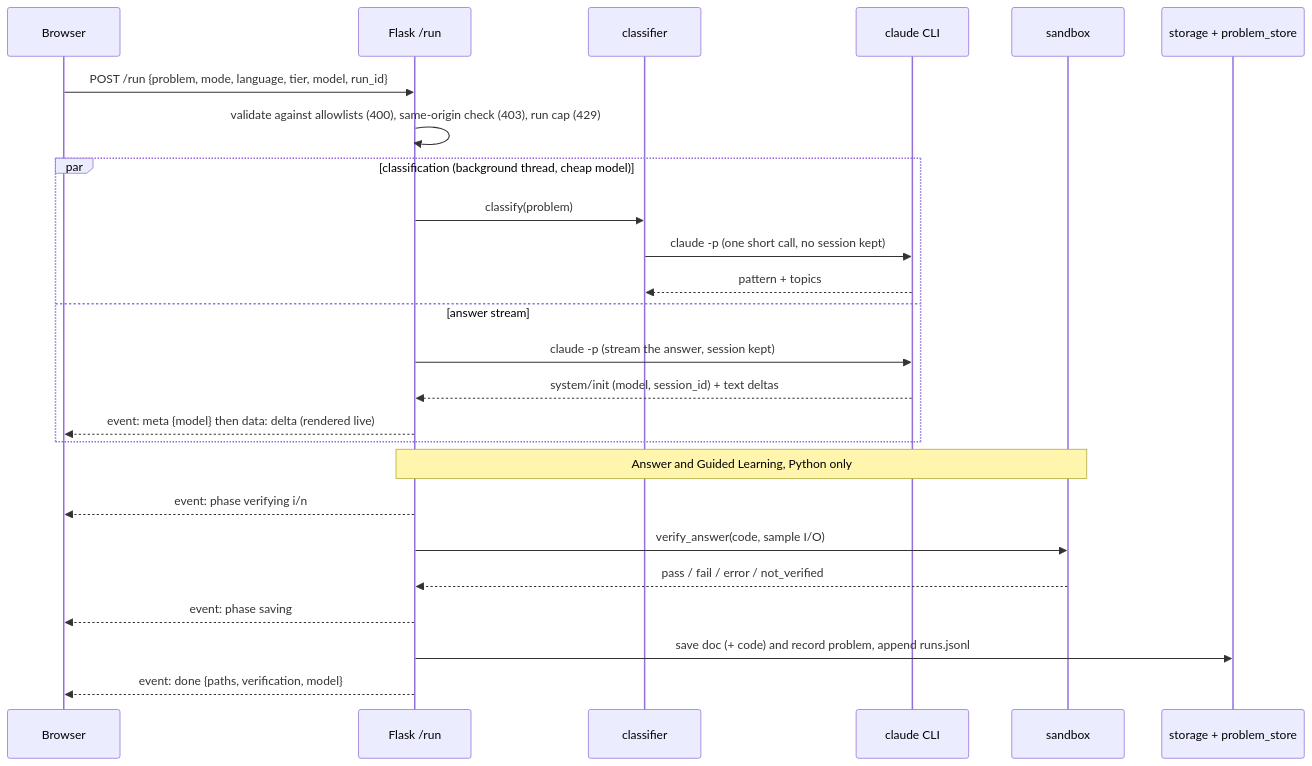
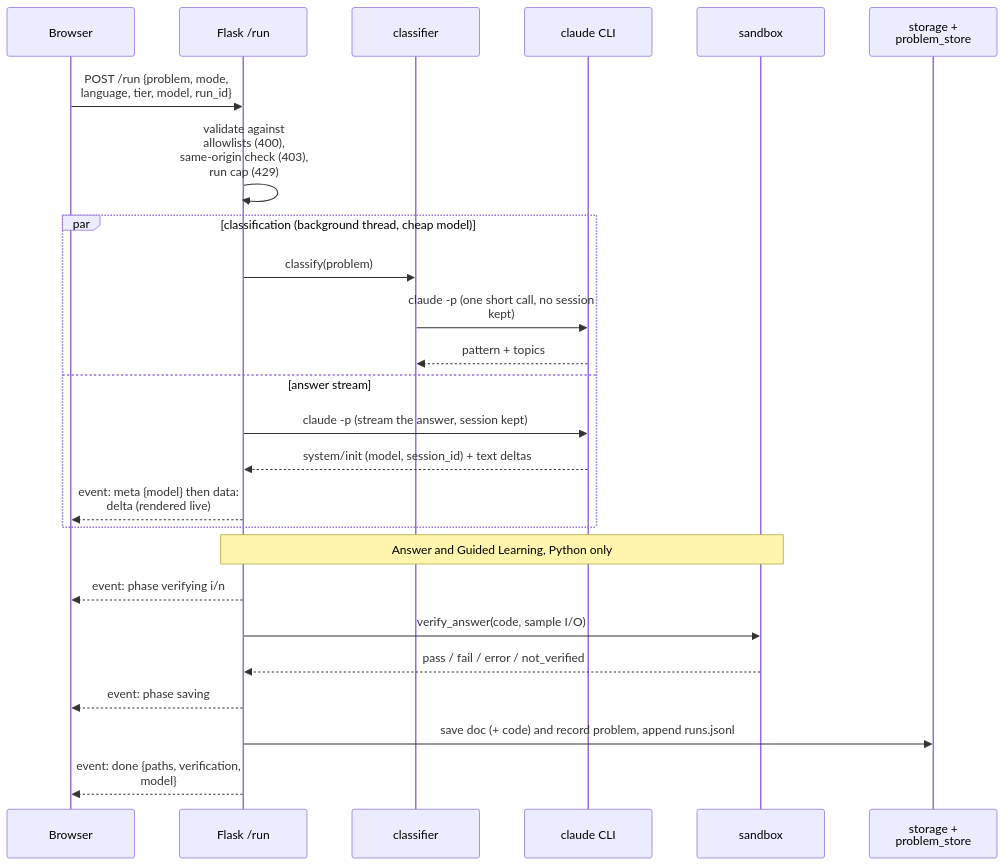
Before and after one commit to yib7/LeetCoach: the second of 2 diagrams in docs/ARCHITECTURE.md, drawn with Mermaid.

Commit message:
docs(architecture): keep the run diagram clear of GitHub's zoom controls
A Mermaid init line wraps long messages and widens the side margins, so the
rightmost participant no longer sits under the viewer's buttons. No text changed.

````diff
--- a/docs/ARCHITECTURE.md
+++ b/docs/ARCHITECTURE.md
@@ -108,28 +108,29 @@
 ```mermaid
+%%{init: {"sequence": {"wrap": true, "width": 170, "actorMargin": 60, "diagramMarginX": 220}}}%%
 sequenceDiagram
     participant U as Browser
     participant F as Flask /run
     participant CL as classifier
     participant CC as claude CLI
     participant SB as sandbox
     participant ST as storage + problem_store
 
     U->>F: POST /run {problem, mode, language, tier, model, run_id}
     F->>F: validate against allowlists (400), same-origin check (403), run cap (429)
     par classification (background thread, cheap model)
         F->>CL: classify(problem)
         CL->>CC: claude -p (one short call, no session kept)
         CC-->>CL: pattern + topics
     and answer stream
         F->>CC: claude -p (stream the answer, session kept)
         CC-->>F: system/init (model, session_id) + text deltas
         F-->>U: event: meta {model} then data: delta (rendered live)
     end
     Note over F,SB: Answer and Guided Learning, Python only
     F-->>U: event: phase verifying i/n
     F->>SB: verify_answer(code, sample I/O)
     SB-->>F: pass / fail / error / not_verified
     F-->>U: event: phase saving
     F->>ST: save doc (+ code) and record problem, append runs.jsonl
     F-->>U: event: done {paths, verification, model}
 ```
````
